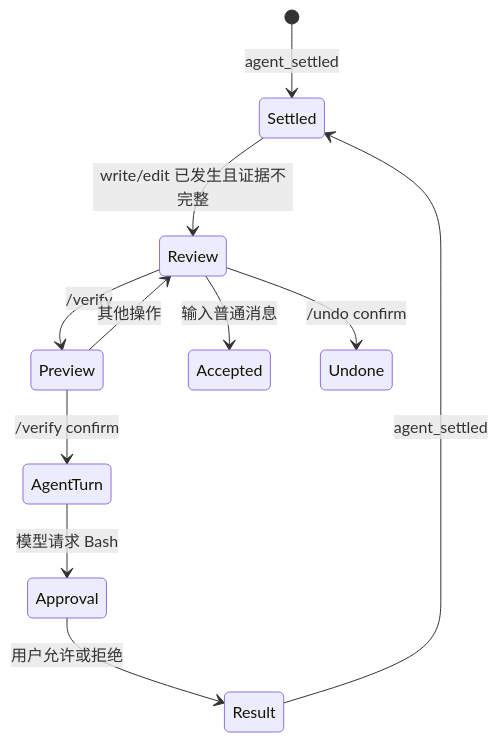
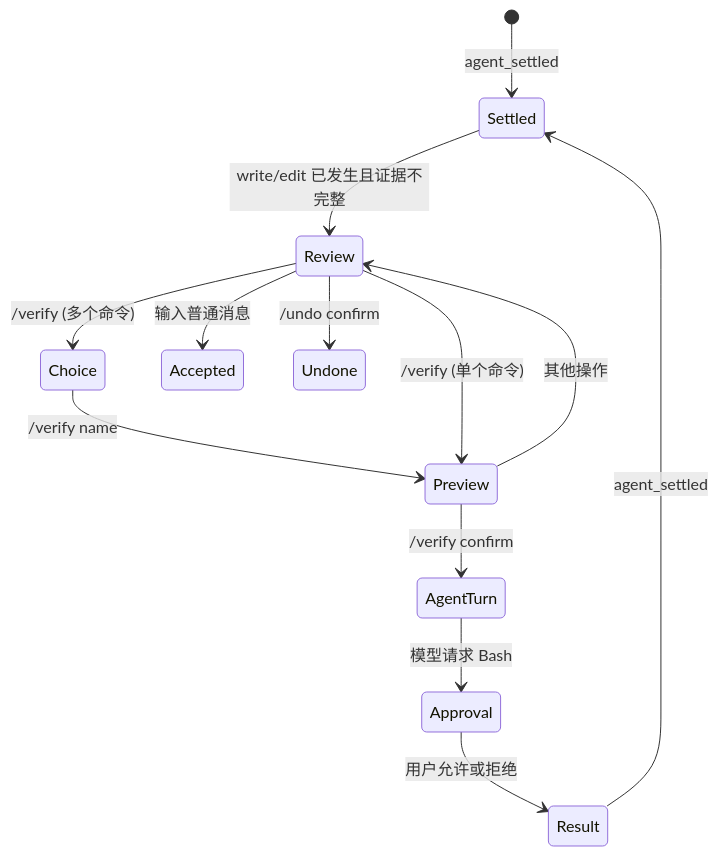
Before and after one commit to haotangyuan/deepseek-coding-agent: the diagram in docs/verification-loop.md, drawn with Mermaid. The commit also changed other lines of this file and 11 other files, not shown here.

````diff
--- a/docs/verification-loop.md
+++ b/docs/verification-loop.md
@@ -14,13 +14,15 @@
 ```mermaid
 stateDiagram-v2
     [*] --> Settled: agent_settled
     Settled --> Review: write/edit 已发生且证据不完整
-    Review --> Preview: /verify
+    Review --> Choice: /verify (多个命令)
+    Choice --> Preview: /verify name
+    Review --> Preview: /verify (单个命令)
     Preview --> AgentTurn: /verify confirm
     Preview --> Review: 其他操作
     AgentTurn --> Approval: 模型请求 Bash
     Approval --> Result: 用户允许或拒绝
     Result --> Settled: agent_settled
     Review --> Accepted: 输入普通消息
     Review --> Undone: /undo confirm
 ```
````
